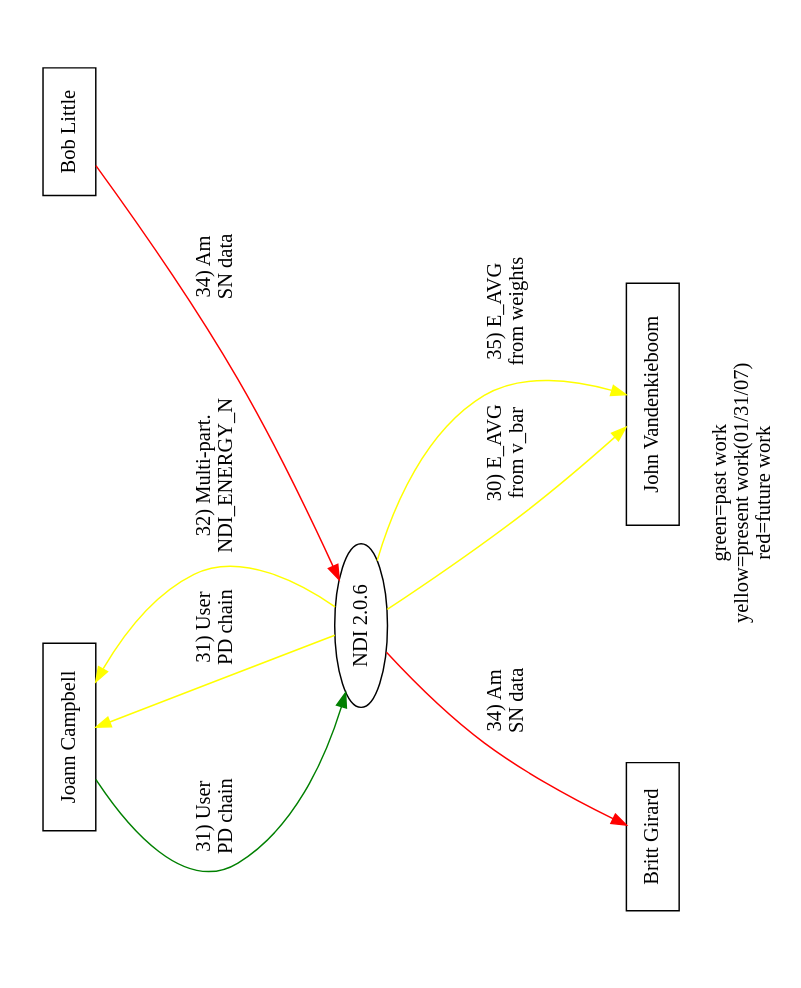
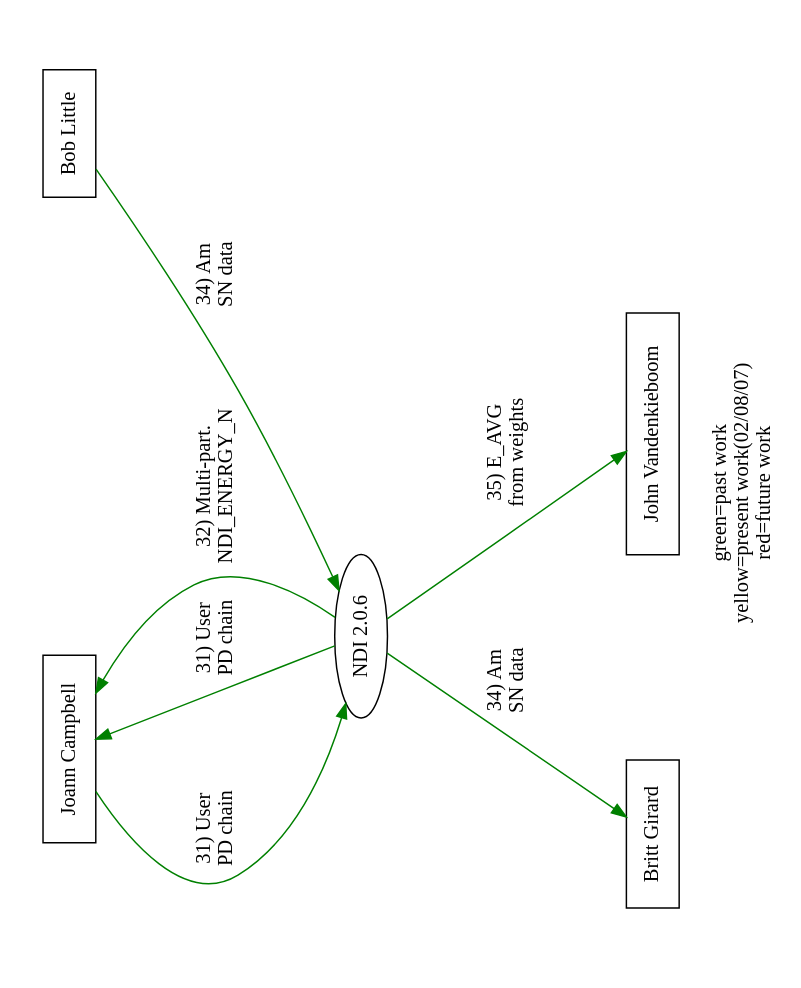
Before and after one commit to lanl/ndi: the diagram in doc/reqt/context_2.0.6.dot, drawn with Graphviz. The commit also changed 5 other files, not shown here.

```diff
--- a/doc/reqt/context_2.0.6.dot
+++ b/doc/reqt/context_2.0.6.dot
@@ -1,27 +1,26 @@
 digraph ndi {
 	rotate=90;
 	page="8.5, 11";
 	size="9, 6.5";
 	center=1;
 	ratio=fill;	
-	label="green=past work\nyellow=present work(01/31/07)\nred=future work";
+	label="green=past work\nyellow=present work(02/08/07)\nred=future work";
 	node[shape="box"];
 
 	/* stakeholders */
 	jomc[label="Joann Campbell"];
 	rcl[label="Bob Little"];
 	bag[label="Britt Girard"];
 	boom[label="John Vandenkieboom"];
 
 	/* project */
 	ndi[label="NDI 2.0.6", shape="ellipse"];
 	
-	ndi -> boom[label="30) E_AVG\nfrom v_bar", color=yellow];
 	jomc -> ndi[label="31) User\nPD chain", color=green];
-	ndi -> jomc[label="31) User\nPD chain", color=yellow];
-	ndi -> jomc[label="32) Multi-part.\n NDI_ENERGY_N", color=yellow];
-	ndi -> bag[label="34) Am\nSN data", color=red];
-	rcl -> ndi[label="34) Am\nSN data", color=red];
-	ndi -> boom[label="35) E_AVG\nfrom weights", color=yellow];
+	ndi -> jomc[label="31) User\nPD chain", color=green];
+	ndi -> jomc[label="32) Multi-part.\n NDI_ENERGY_N", color=green];
+	ndi -> bag[label="34) Am\nSN data", color=green];
+	rcl -> ndi[label="34) Am\nSN data", color=green];
+	ndi -> boom[label="35) E_AVG\nfrom weights", color=green];
 
 }
```
